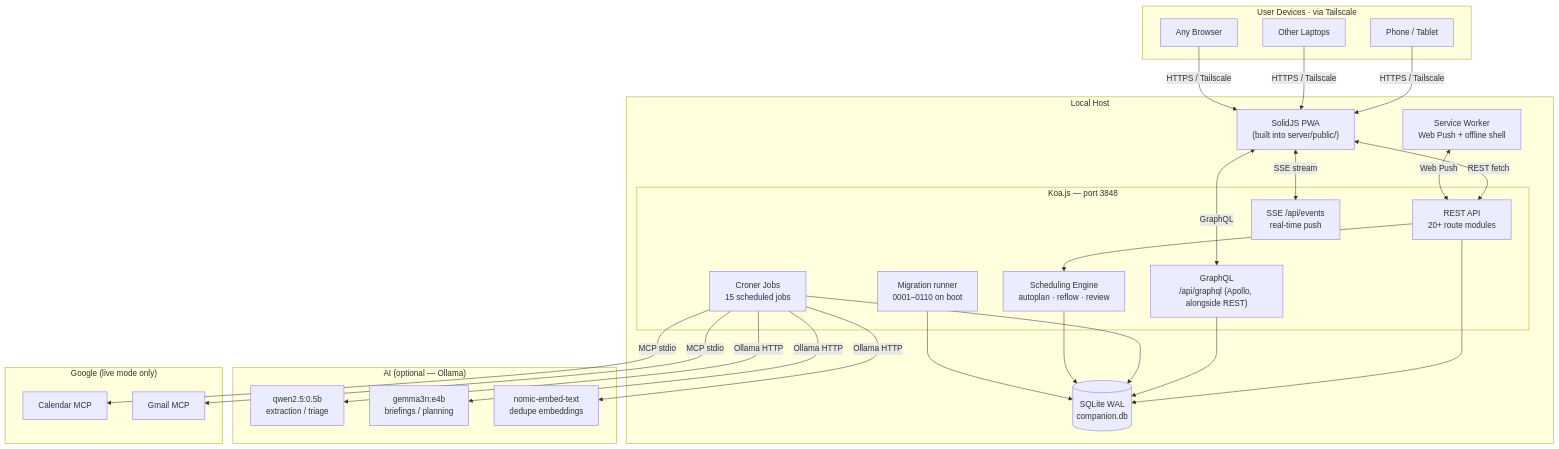
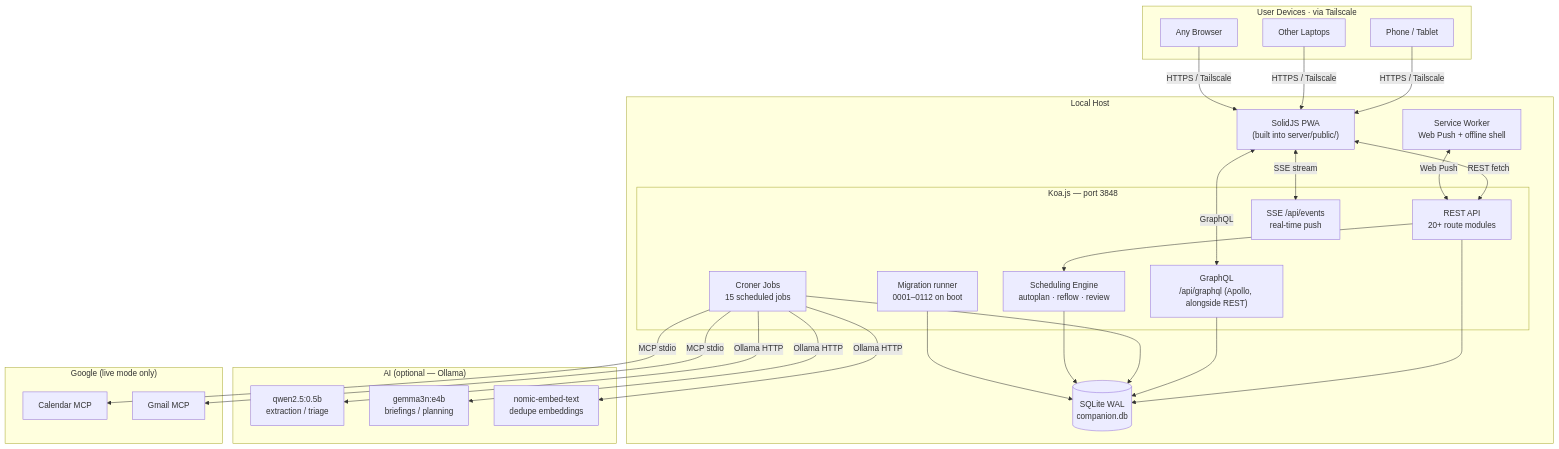
The first of 6 diagrams in ARCHITECTURE.md (companionintelligence/CI-Planning), drawn with Mermaid before and after one commit. The commit also changed other lines of this file and 6 other files, not shown here.

First line of the commit message:
chore(W-close): GraphQL perf indexes (mig 0112) + Phase W docs sync

````diff
--- a/ARCHITECTURE.md
+++ b/ARCHITECTURE.md
@@ -41,52 +41,52 @@
 ```mermaid
 graph TB
     subgraph Devices["User Devices · via Tailscale"]
         Phone["Phone / Tablet"]
         Laptop["Other Laptops"]
         Browser["Any Browser"]
     end
 
     subgraph Host["Local Host"]
         subgraph Koa["Koa.js — port 3848"]
             API["REST API<br/>20+ route modules"]
             GQL["GraphQL<br/>/api/graphql (Apollo, alongside REST)"]
             SSE["SSE /api/events<br/>real-time push"]
             Engine["Scheduling Engine<br/>autoplan · reflow · review"]
             Cron["Croner Jobs<br/>15 scheduled jobs"]
-            Migrate["Migration runner<br/>0001–0110 on boot"]
+            Migrate["Migration runner<br/>0001–0112 on boot"]
         end
         FE["SolidJS PWA<br/>(built into server/public/)"]
         SW["Service Worker<br/>Web Push + offline shell"]
         DB[("SQLite WAL<br/>companion.db")]
     end
 
     subgraph AI["AI (optional — Ollama)"]
         Small["qwen2.5:0.5b<br/>extraction / triage"]
         Medium["gemma3n:e4b<br/>briefings / planning"]
         Embed["nomic-embed-text<br/>dedupe embeddings"]
     end
 
     subgraph Google["Google (live mode only)"]
         GCal["Calendar MCP"]
         Gmail["Gmail MCP"]
     end
 
     Phone -->|HTTPS / Tailscale| FE
     Laptop -->|HTTPS / Tailscale| FE
     Browser -->|HTTPS / Tailscale| FE
     FE <-->|REST fetch| API
     FE <-->|GraphQL| GQL
     FE <-->|SSE stream| SSE
     SW <-->|Web Push| API
     API --> Engine
     API --> DB
     GQL --> DB
     Cron --> DB
     Cron -->|Ollama HTTP| Small
     Cron -->|Ollama HTTP| Medium
     Cron -->|Ollama HTTP| Embed
     Cron -->|MCP stdio| GCal
     Cron -->|MCP stdio| Gmail
     Engine --> DB
     Migrate --> DB
 ```
````
